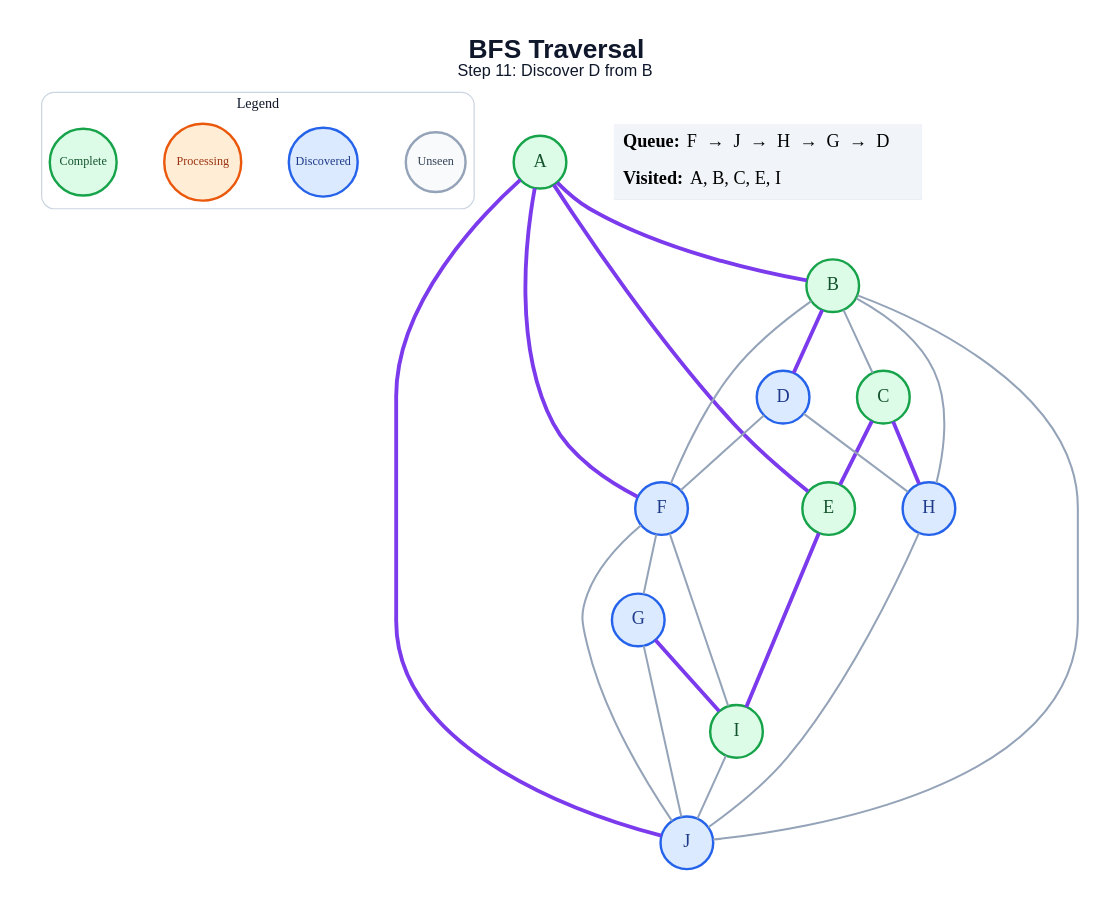
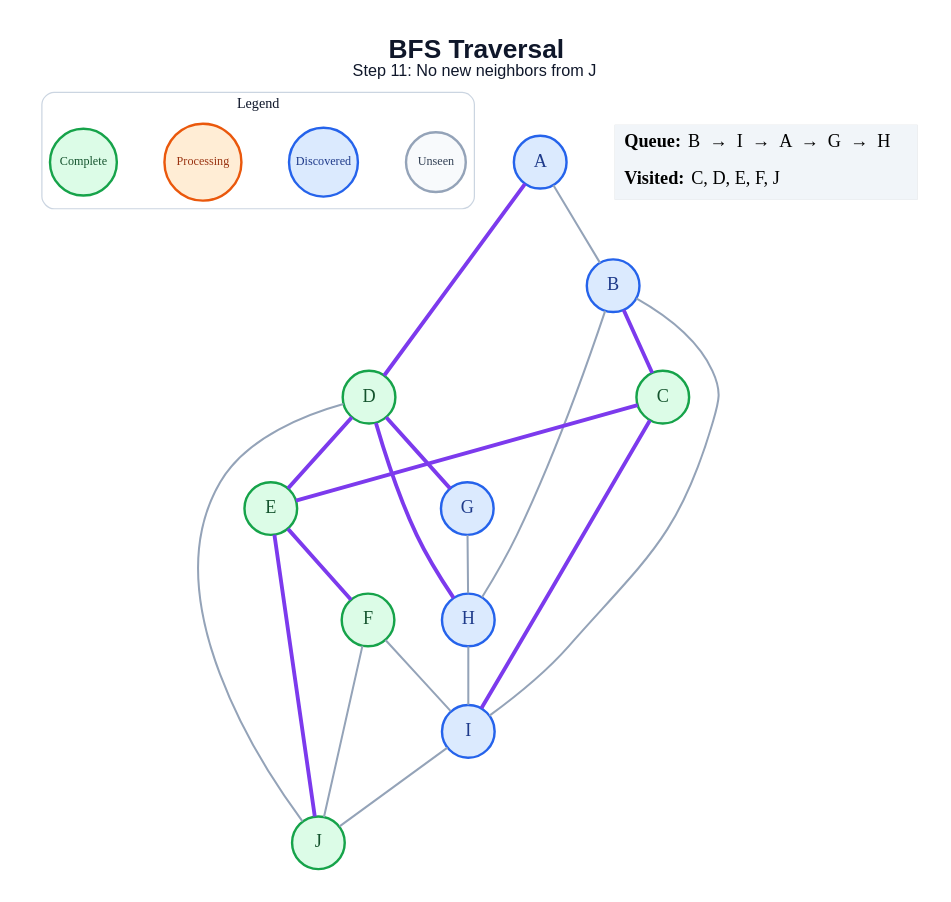
The diagram in generated/specific-node/bfs/step_11.dot (amanghodawala9/ai-slop), drawn with Graphviz before and after one commit. The commit also changed 178 other files, not shown here.

```diff
--- a/generated/specific-node/bfs/step_11.dot
+++ b/generated/specific-node/bfs/step_11.dot
@@ -1,50 +1,47 @@
 graph traversal {
   graph [layout=dot, rankdir=TB, bgcolor="#FFFFFF", pad="0.35", nodesep="0.65", ranksep="0.8", fontname="Arial"];
   node [shape=circle, style="filled", fontname="Arial Bold", fontsize=18, width=0.72, fixedsize=true, penwidth=2.4];
   edge [color="#94A3B8", penwidth=2.0];
-  label=<<B>BFS Traversal</B><BR/><FONT POINT-SIZE="16">Step 11: Discover D from B</FONT>>; labelloc="t"; fontsize=26; fontname="Arial"; fontcolor="#0F172A";
+  label=<<B>BFS Traversal</B><BR/><FONT POINT-SIZE="16">Step 11: No new neighbors from J</FONT>>; labelloc="t"; fontsize=26; fontname="Arial"; fontcolor="#0F172A";
   subgraph cluster_legend { label="Legend"; color="#CBD5E1"; penwidth=1.2; style="rounded"; fontsize=14; fontname="Arial Bold";
     key_unseen [label="Unseen", fillcolor="#F8FAFC", color="#94A3B8", fontcolor="#334155", fontsize=12, width=0.82];
     key_frontier [label="Discovered", fillcolor="#DBEAFE", color="#2563EB", fontcolor="#1E3A8A", fontsize=12, width=0.95];
     key_current [label="Processing", fillcolor="#FFEDD5", color="#EA580C", fontcolor="#9A3412", fontsize=12, width=1.05];
     key_done [label="Complete", fillcolor="#DCFCE7", color="#16A34A", fontcolor="#14532D", fontsize=12, width=0.92];
     { rank=same; key_unseen; key_frontier; key_current; key_done; }
   }
-  A [fillcolor="#DCFCE7", color="#16A34A", fontcolor="#14532D"];
-  B [fillcolor="#DCFCE7", color="#16A34A", fontcolor="#14532D"];
+  A [fillcolor="#DBEAFE", color="#2563EB", fontcolor="#1E3A8A"];
+  B [fillcolor="#DBEAFE", color="#2563EB", fontcolor="#1E3A8A"];
   C [fillcolor="#DCFCE7", color="#16A34A", fontcolor="#14532D"];
-  D [fillcolor="#DBEAFE", color="#2563EB", fontcolor="#1E3A8A"];
+  D [fillcolor="#DCFCE7", color="#16A34A", fontcolor="#14532D"];
   E [fillcolor="#DCFCE7", color="#16A34A", fontcolor="#14532D"];
-  F [fillcolor="#DBEAFE", color="#2563EB", fontcolor="#1E3A8A"];
+  F [fillcolor="#DCFCE7", color="#16A34A", fontcolor="#14532D"];
   G [fillcolor="#DBEAFE", color="#2563EB", fontcolor="#1E3A8A"];
   H [fillcolor="#DBEAFE", color="#2563EB", fontcolor="#1E3A8A"];
-  I [fillcolor="#DCFCE7", color="#16A34A", fontcolor="#14532D"];
-  J [fillcolor="#DBEAFE", color="#2563EB", fontcolor="#1E3A8A"];
-  A -- B [color="#7C3AED", penwidth=3.8];
-  A -- E [color="#7C3AED", penwidth=3.8];
-  A -- F [color="#7C3AED", penwidth=3.8];
-  A -- J [color="#7C3AED", penwidth=3.8];
-  B -- C;
-  B -- D [color="#7C3AED", penwidth=3.8];
-  B -- F;
+  I [fillcolor="#DBEAFE", color="#2563EB", fontcolor="#1E3A8A"];
+  J [fillcolor="#DCFCE7", color="#16A34A", fontcolor="#14532D"];
+  A -- B;
+  A -- D [color="#7C3AED", penwidth=3.8];
+  B -- C [color="#7C3AED", penwidth=3.8];
   B -- H;
-  B -- J;
+  B -- I;
   C -- E [color="#7C3AED", penwidth=3.8];
-  C -- H [color="#7C3AED", penwidth=3.8];
-  D -- F;
-  D -- H;
-  E -- I [color="#7C3AED", penwidth=3.8];
-  F -- G;
+  C -- I [color="#7C3AED", penwidth=3.8];
+  D -- E [color="#7C3AED", penwidth=3.8];
+  D -- G [color="#7C3AED", penwidth=3.8];
+  D -- H [color="#7C3AED", penwidth=3.8];
+  D -- J;
+  E -- F [color="#7C3AED", penwidth=3.8];
+  E -- J [color="#7C3AED", penwidth=3.8];
   F -- I;
   F -- J;
-  G -- I [color="#7C3AED", penwidth=3.8];
-  G -- J;
-  H -- J;
+  G -- H;
+  H -- I;
   I -- J;
   status [shape=plain, fixedsize=false, width=0, height=0, margin=0, label=<
     <TABLE BORDER="0" CELLBORDER="0" CELLPADDING="7" BGCOLOR="#F1F5F9">
-      <TR><TD ALIGN="LEFT"><B>Queue:</B> F  →  J  →  H  →  G  →  D</TD></TR>
-      <TR><TD ALIGN="LEFT"><B>Visited:</B> A, B, C, E, I</TD></TR>
+      <TR><TD ALIGN="LEFT"><B>Queue:</B> B  →  I  →  A  →  G  →  H</TD></TR>
+      <TR><TD ALIGN="LEFT"><B>Visited:</B> C, D, E, F, J</TD></TR>
     </TABLE>
   >];
 }
```
